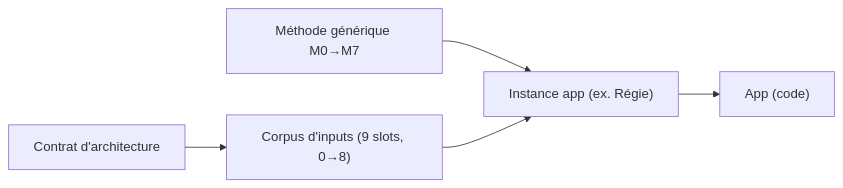
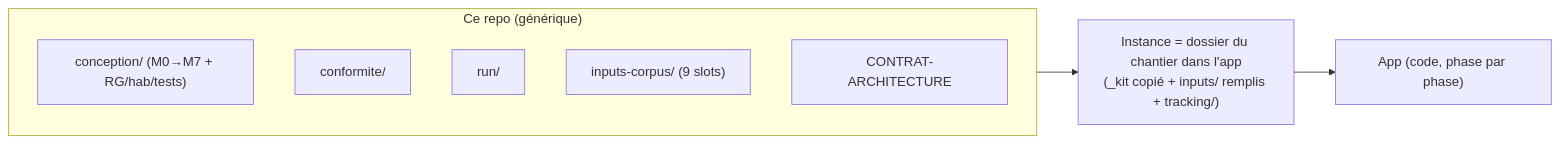
One commit to jmlmvi/methode-lmvi changed the diagram in README.md. Above: the diagram before and after it, drawn with Mermaid. The commit also changed other lines of this file and 2 other files, not shown here.

Commit message:
docs: réécriture à neuf de README + USAGE (cohérence post-fusion, ambiguïté conception levée) — kit 1.4.2

````diff
--- a/README.md
+++ b/README.md
@@ -21,7 +37,12 @@
 ```mermaid
 flowchart LR
-  M["Méthode générique M0→M7"] --> INST["Instance app (ex. Régie)"]
-  CORP["Corpus d'inputs (9 slots, 0→8)"] --> INST
-  CONTRAT["Contrat d'architecture"] --> CORP
-  INST --> CODE["App (code)"]
+  subgraph KIT["Ce repo (générique)"]
+    C["conception/ (M0→M7 + RG/hab/tests)"]
+    CF["conformite/"] 
+    R["run/"]
+    CORP["inputs-corpus/ (9 slots)"]
+    CONTRAT["CONTRAT-ARCHITECTURE"]
+  end
+  KIT --> INST["Instance = dossier du chantier dans l'app<br/>(_kit copié + inputs/ remplis + tracking/)"]
+  INST --> CODE["App (code, phase par phase)"]
 ```
````
